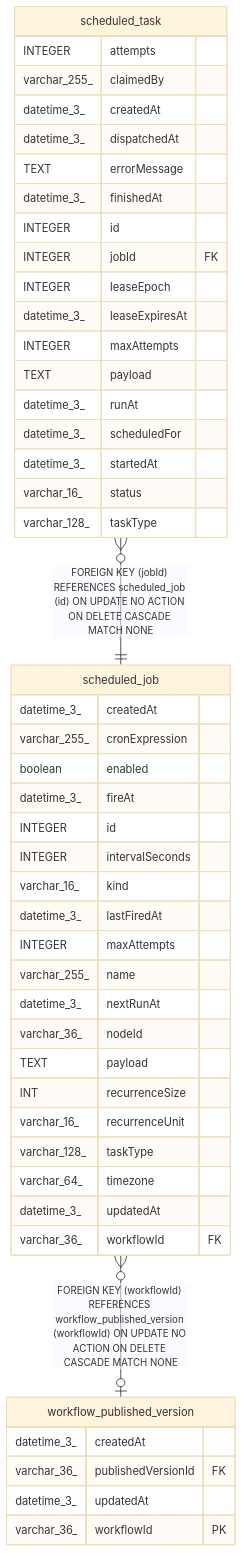
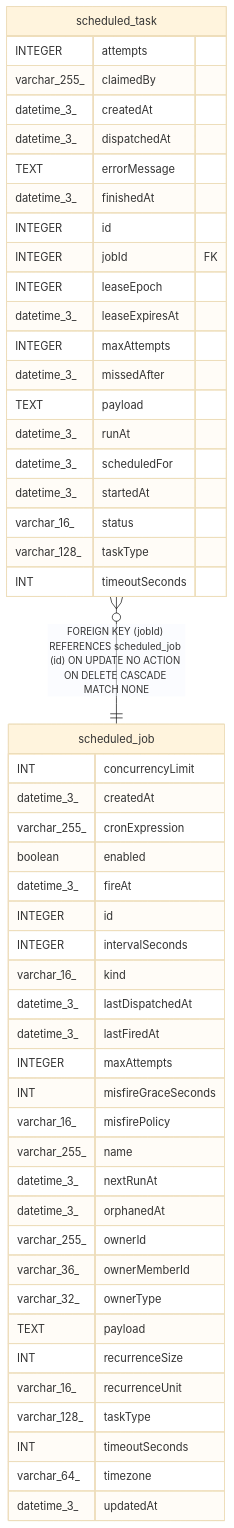
One commit to koreatest12/studys changed the diagram in n8n_integration/n8n_source/docs/generated/sqlite-schema/scheduled_job.md. Above: the diagram before and after it, drawn with Mermaid (base theme). The commit also changed other lines of this file and 23019 other files, not shown here.

````diff
--- a/n8n_integration/n8n_source/docs/generated/sqlite-schema/scheduled_job.md
+++ b/n8n_integration/n8n_source/docs/generated/sqlite-schema/scheduled_job.md
@@ -62,53 +73,55 @@
 ```mermaid
 erDiagram
 
 "scheduled_task" }o--|| "scheduled_job" : "FOREIGN KEY (jobId) REFERENCES scheduled_job (id) ON UPDATE NO ACTION ON DELETE CASCADE MATCH NONE"
-"scheduled_job" }o--o| "workflow_published_version" : "FOREIGN KEY (workflowId) REFERENCES workflow_published_version (workflowId) ON UPDATE NO ACTION ON DELETE CASCADE MATCH NONE"
 
 "scheduled_job" {
+  INT concurrencyLimit
   datetime_3_ createdAt
   varchar_255_ cronExpression
   boolean enabled
   datetime_3_ fireAt
   INTEGER id
   INTEGER intervalSeconds
   varchar_16_ kind
+  datetime_3_ lastDispatchedAt
   datetime_3_ lastFiredAt
   INTEGER maxAttempts
+  INT misfireGraceSeconds
+  varchar_16_ misfirePolicy
   varchar_255_ name
   datetime_3_ nextRunAt
-  varchar_36_ nodeId
+  datetime_3_ orphanedAt
+  varchar_255_ ownerId
+  varchar_36_ ownerMemberId
+  varchar_32_ ownerType
   TEXT payload
   INT recurrenceSize
   varchar_16_ recurrenceUnit
   varchar_128_ taskType
+  INT timeoutSeconds
   varchar_64_ timezone
   datetime_3_ updatedAt
-  varchar_36_ workflowId FK
 }
 "scheduled_task" {
   INTEGER attempts
   varchar_255_ claimedBy
   datetime_3_ createdAt
   datetime_3_ dispatchedAt
   TEXT errorMessage
   datetime_3_ finishedAt
   INTEGER id
   INTEGER jobId FK
   INTEGER leaseEpoch
   datetime_3_ leaseExpiresAt
   INTEGER maxAttempts
+  datetime_3_ missedAfter
   TEXT payload
   datetime_3_ runAt
   datetime_3_ scheduledFor
   datetime_3_ startedAt
   varchar_16_ status
   varchar_128_ taskType
-}
-"workflow_published_version" {
-  datetime_3_ createdAt
-  varchar_36_ publishedVersionId FK
-  datetime_3_ updatedAt
-  varchar_36_ workflowId PK
+  INT timeoutSeconds
 }
 ```
````
